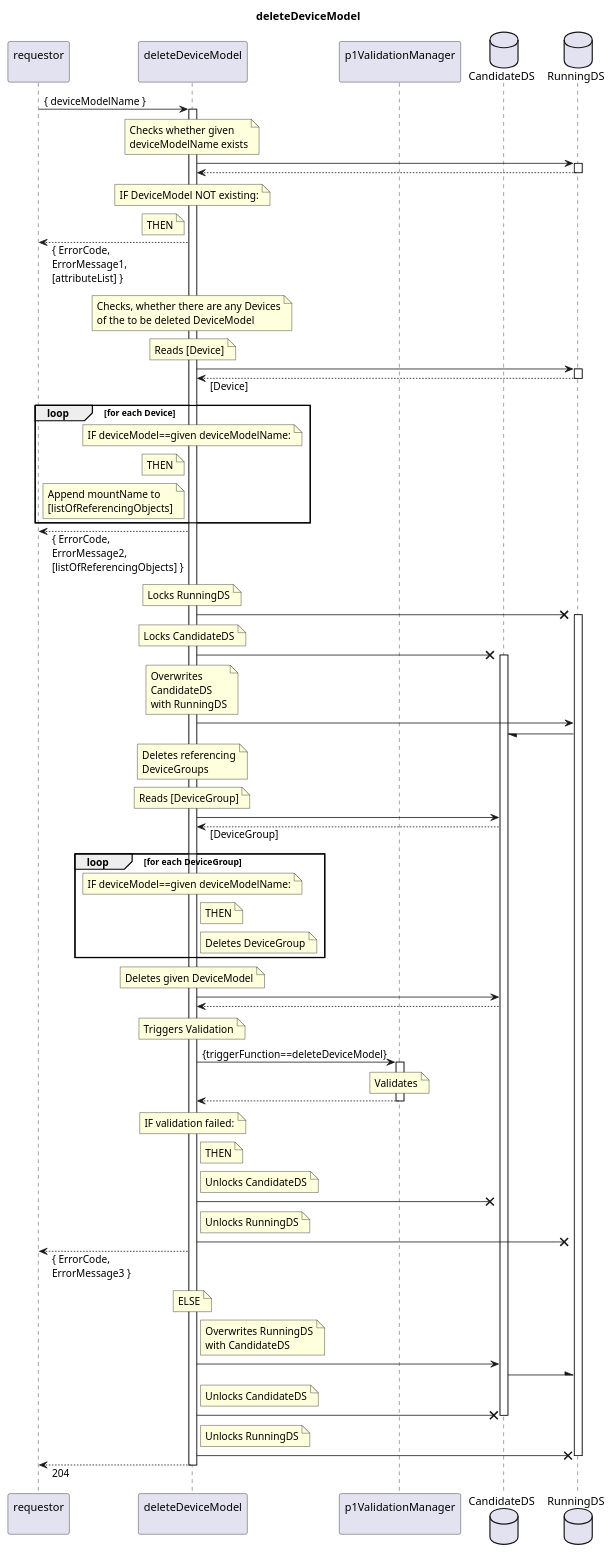
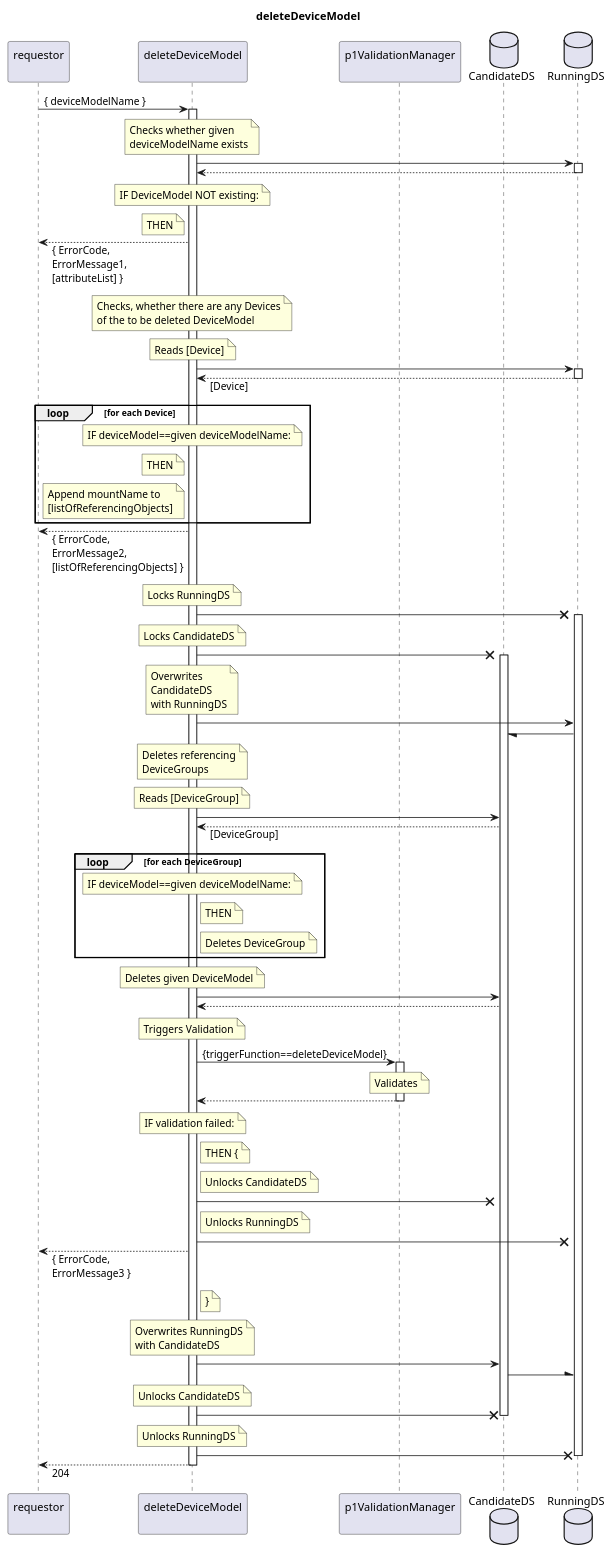
One commit to openBackhaul/FirmWareManager changed the diagram in spec/Services/deleteDeviceModel/1.0.0/kmo_deleteDeviceModel.plantuml. Above: the diagram before and after it, drawn with PlantUML. The commit also changed 77 other files, not shown here.

```diff
--- a/spec/Services/deleteDeviceModel/1.0.0/kmo_deleteDeviceModel.plantuml
+++ b/spec/Services/deleteDeviceModel/1.0.0/kmo_deleteDeviceModel.plantuml
@@ -1,152 +1,152 @@
 @startuml deleteDeviceModel
 skinparam responseMessageBelowArrow true
 
 title
   deleteDeviceModel
 end title
 
 participant "requestor\n" as requestor
 participant "deleteDeviceModel\n" as indServ
 participant "p1ValidationManager\n" as valiMan
 database "CandidateDS" as CanDS
 database "RunningDS" as RunDS
 
 requestor -> indServ: { deviceModelName }
 activate indServ
 
   note over indServ
     Checks whether given
     deviceModelName exists
   end note
   indServ -> RunDS
   activate RunDS
   indServ <-- RunDS
   deactivate RunDS
   note over indServ
     IF DeviceModel NOT existing:
   end note
   note left indServ
     THEN
   end note
   requestor <-- indServ: { ErrorCode,\nErrorMessage1,\n[attributeList] }
 
   note over indServ
     Checks, whether there are any Devices
     of the to be deleted DeviceModel
   end note
   note over indServ
     Reads [Device]
   end note
   indServ -> RunDS
   activate RunDS
   indServ <-- RunDS: [Device]
   deactivate RunDS
   loop for each Device
     note over indServ
       IF deviceModel==given deviceModelName:
     end note
     note left indServ
       THEN
     end note
     note left indServ
       Append mountName to
       [listOfReferencingObjects]
     end note
   end loop
   requestor <-- indServ: { ErrorCode,\nErrorMessage2,\n[listOfReferencingObjects] }
 
   note over indServ
     Locks RunningDS
   end note
   indServ -X RunDS
   activate RunDS
   note over indServ
     Locks CandidateDS
   end note
   indServ -X CanDS
   activate CanDS
   note over indServ
     Overwrites
     CandidateDS
     with RunningDS
   end note
   indServ -> RunDS
   RunDS -/ CanDS
 
   note over indServ
     Deletes referencing
     DeviceGroups
   end note
   note over indServ
     Reads [DeviceGroup]
   end note
   indServ -> CanDS
   indServ <-- CanDS: [DeviceGroup]
   loop for each DeviceGroup
     note over indServ
       IF deviceModel==given deviceModelName:
     end note
     note right indServ
       THEN
     end note
     note right indServ
       Deletes DeviceGroup
     end note
   end loop
 
   note over indServ
     Deletes given DeviceModel
   end note
   indServ -> CanDS
   indServ <-- CanDS
 
   note over indServ
     Triggers Validation
   end note
   indServ -> valiMan: {triggerFunction==deleteDeviceModel}
   activate valiMan
     note over valiMan
       Validates
     end note
   indServ <-- valiMan
   deactivate valiMan
   note over indServ
     IF validation failed:
   end note
   note right indServ
-    THEN
+    THEN {
   end note
   note right indServ
     Unlocks CandidateDS
   end note
   indServ -X CanDS
   note right indServ
     Unlocks RunningDS
   end note
   indServ -X RunDS
   requestor <-- indServ: { ErrorCode,\nErrorMessage3 }
-  note over indServ
-    ELSE
+  note right indServ
+    }
   end note
 
-  note right indServ
+  note over indServ
     Overwrites RunningDS
     with CandidateDS
   end note
   indServ -> CanDS
   CanDS -\ RunDS
-  note right indServ
+  note over indServ
     Unlocks CandidateDS
   end note
   indServ -X CanDS
   deactivate CanDS
-  note right indServ
+  note over indServ
     Unlocks RunningDS
   end note
   indServ -X RunDS
   deactivate RunDS
 
 requestor <-- indServ: 204
 deactivate indServ
 
 @enduml
```
